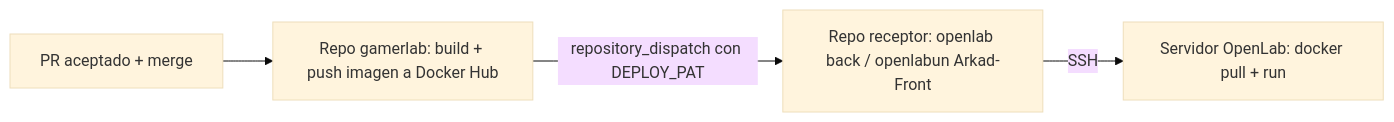
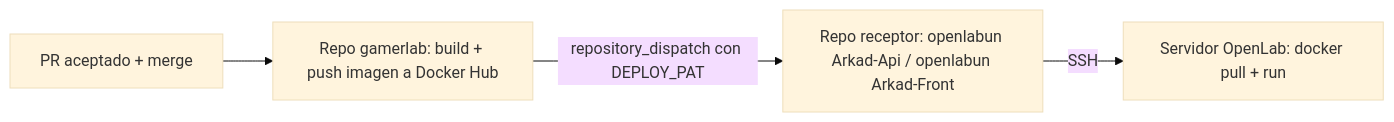
The diagram in docs/arkad/04-devops/pipeline-y-despliegue.md (djromerom/gamerlab_front_2295_2), drawn with Mermaid (base theme) before and after one commit. The commit also changed other lines of this file and 10 other files, not shown here.

````diff
--- a/docs/arkad/04-devops/pipeline-y-despliegue.md
+++ b/docs/arkad/04-devops/pipeline-y-despliegue.md
@@ -6,6 +6,6 @@
 ```mermaid
 flowchart LR
   PR[PR aceptado + merge] --> GH[Repo gamerlab: build + push imagen a Docker Hub]
-  GH -->|repository_dispatch con DEPLOY_PAT| R[Repo receptor: openlab back / openlabun Arkad-Front]
+  GH -->|repository_dispatch con DEPLOY_PAT| R[Repo receptor: openlabun Arkad-Api / openlabun Arkad-Front]
   R -->|SSH| S[Servidor OpenLab: docker pull + run]
 ```
````
